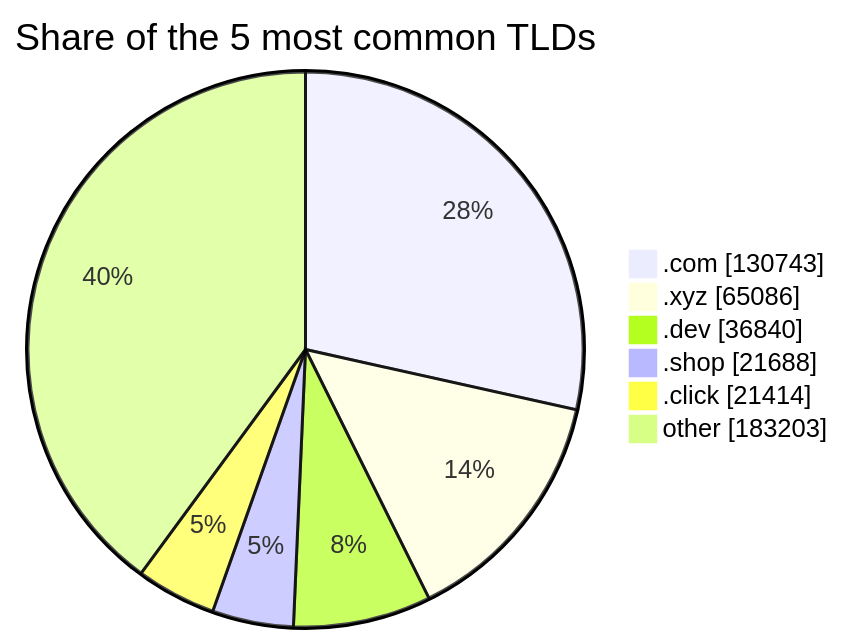
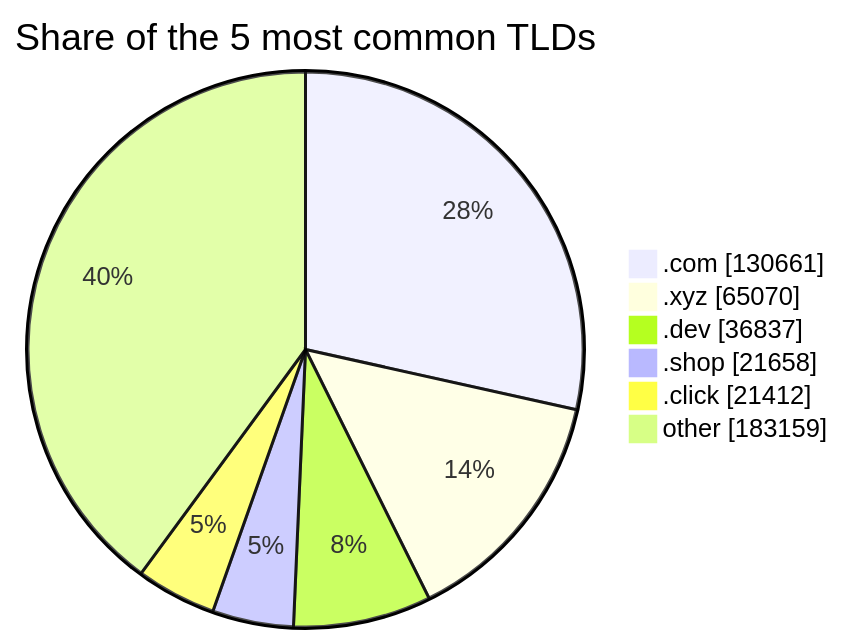
The third of 3 diagrams in README.md (DNSBunker/CTI), drawn with Mermaid before and after one commit. The commit also changed other lines of this file and 3 other files, not shown here.

````diff
--- a/README.md
+++ b/README.md
@@ -81,9 +81,9 @@
 ```mermaid
 pie showData title Share of the 5 most common TLDs
-    ".com" : 130743
-    ".xyz" : 65086
-    ".dev" : 36840
-    ".shop" : 21688
-    ".click" : 21414
-    "other" : 183203
+    ".com" : 130661
+    ".xyz" : 65070
+    ".dev" : 36837
+    ".shop" : 21658
+    ".click" : 21412
+    "other" : 183159
 ```
````
